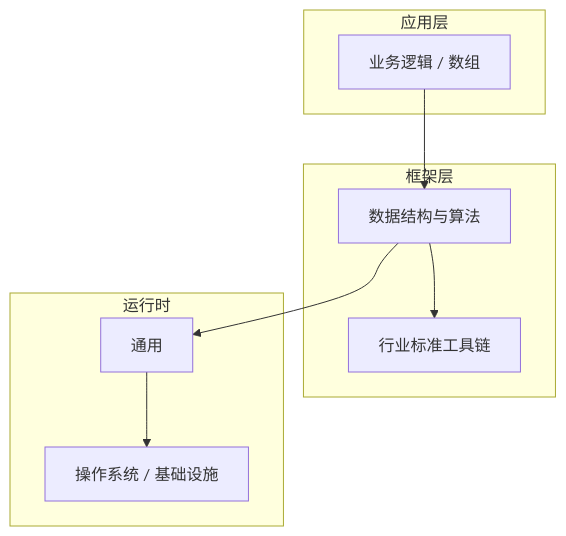
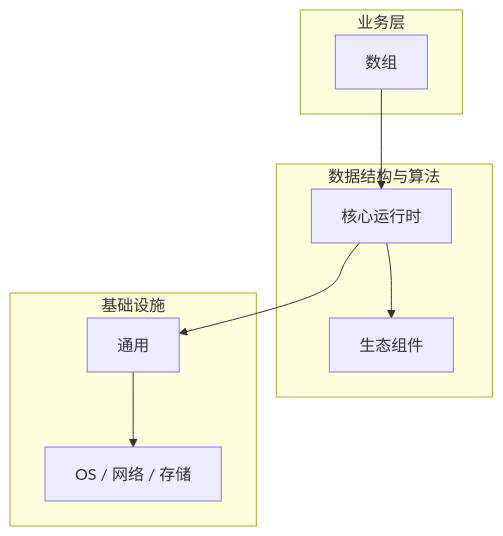
Before and after one commit to yanggan2015/knowledge-json-v2: the diagram in articles/数据结构与算法/chapters/019-数组核心概念与原理.md, drawn with Mermaid. The commit also changed other lines of this file and 10127 other files, not shown here.

````diff
--- a/articles/数据结构与算法/chapters/019-数组核心概念与原理.md
+++ b/articles/数据结构与算法/chapters/019-数组核心概念与原理.md
@@ -45,18 +30,18 @@
 ```mermaid
 graph TB
-    subgraph 应用层
-        A[业务逻辑 / 数组]
+    subgraph 业务层
+        A[数组]
     end
-    subgraph 框架层
-        B[数据结构与算法]
-        C[行业标准工具链]
+    subgraph 数据结构与算法
+        B[核心运行时]
+        C[生态组件]
     end
-    subgraph 运行时
+    subgraph 基础设施
         D[通用]
-        E[操作系统 / 基础设施]
+        E[OS / 网络 / 存储]
     end
     A --> B
     B --> C
     B --> D
     D --> E
 ```
````
